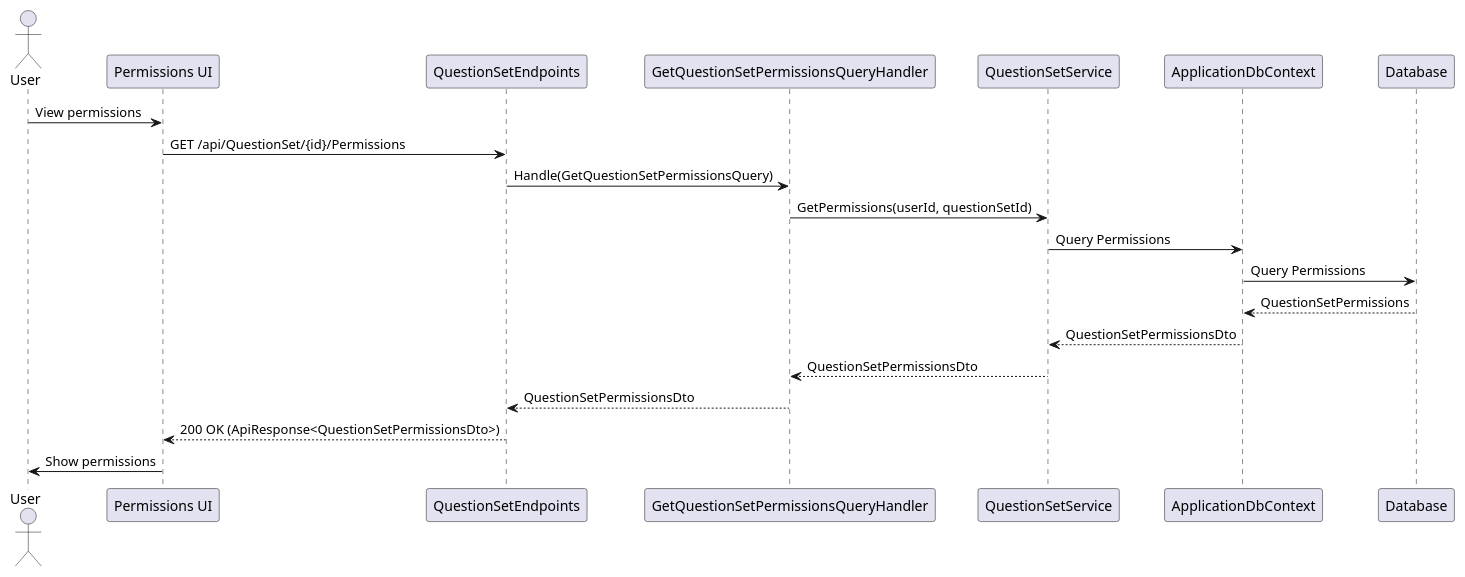
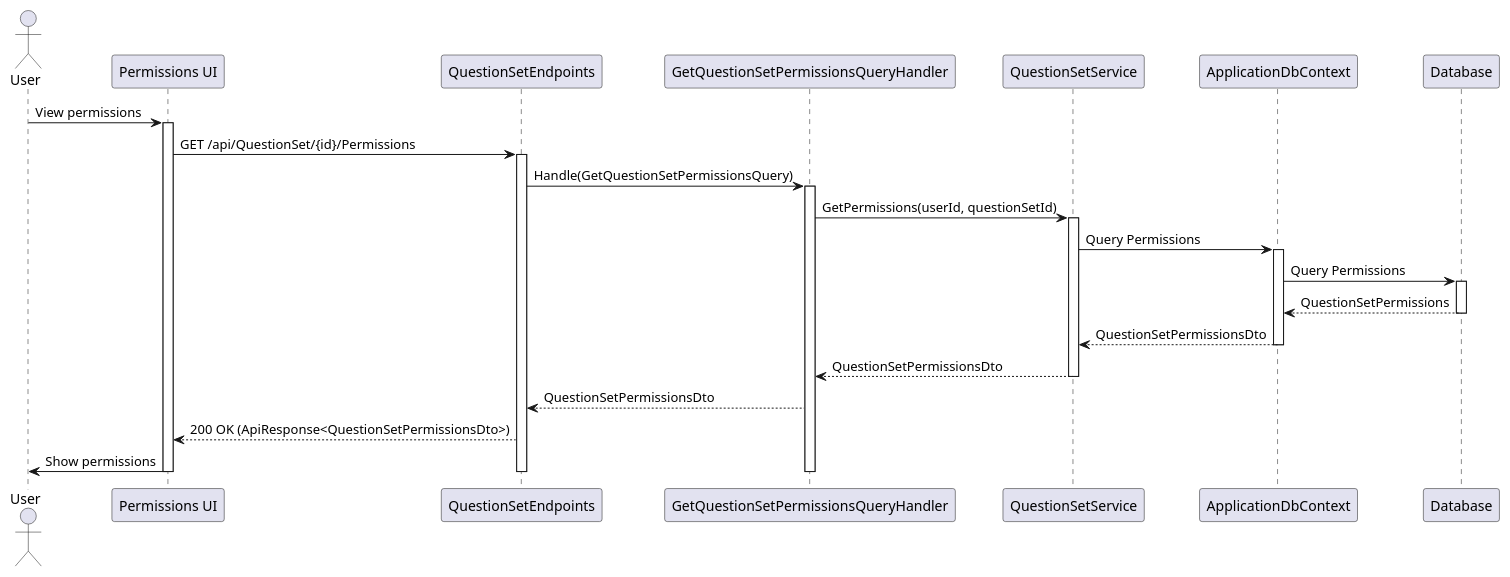
One commit to thanhkhac/SEP_Diagram changed the diagram in QuestionSets/Sequence/GetQuestionSetPermissionsQuery.puml. Above: the diagram before and after it, drawn with PlantUML. The commit also changed 30 other files, not shown here.

First line of the commit message:
Refactor sequence diagrams and update actor names

```diff
--- a/QuestionSets/Sequence/GetQuestionSetPermissionsQuery.puml
+++ b/QuestionSets/Sequence/GetQuestionSetPermissionsQuery.puml
@@ -1,22 +1,34 @@
 @startuml
 actor User
 participant "Permissions UI" as UI
 participant QuestionSetEndpoints
 participant GetQuestionSetPermissionsQueryHandler as Handler
 participant QuestionSetService
 participant ApplicationDbContext
 participant Database
 
 User -> UI : View permissions
+activate UI
 UI -> QuestionSetEndpoints : GET /api/QuestionSet/{id}/Permissions
+activate QuestionSetEndpoints
 QuestionSetEndpoints -> Handler : Handle(GetQuestionSetPermissionsQuery)
+activate Handler
 Handler -> QuestionSetService : GetPermissions(userId, questionSetId)
+activate QuestionSetService
 QuestionSetService -> ApplicationDbContext : Query Permissions
+activate ApplicationDbContext
 ApplicationDbContext -> Database : Query Permissions
+activate Database
 Database --> ApplicationDbContext : QuestionSetPermissions
+deactivate Database
 ApplicationDbContext --> QuestionSetService : QuestionSetPermissionsDto
+deactivate ApplicationDbContext
 QuestionSetService --> Handler : QuestionSetPermissionsDto
+deactivate QuestionSetService
 Handler --> QuestionSetEndpoints : QuestionSetPermissionsDto
 QuestionSetEndpoints --> UI : 200 OK (ApiResponse<QuestionSetPermissionsDto>)
 UI -> User : Show permissions
-@enduml 
+deactivate Handler
+deactivate QuestionSetEndpoints
+deactivate UI
+@enduml
```
